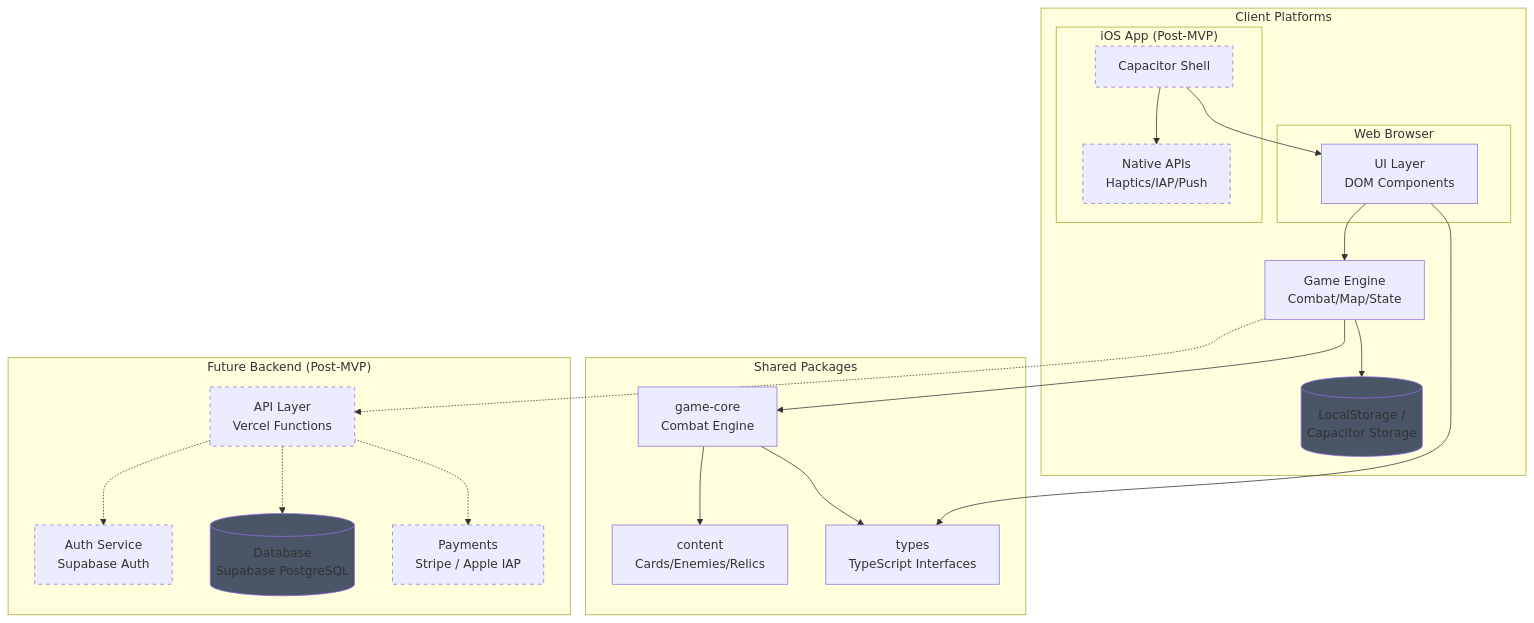
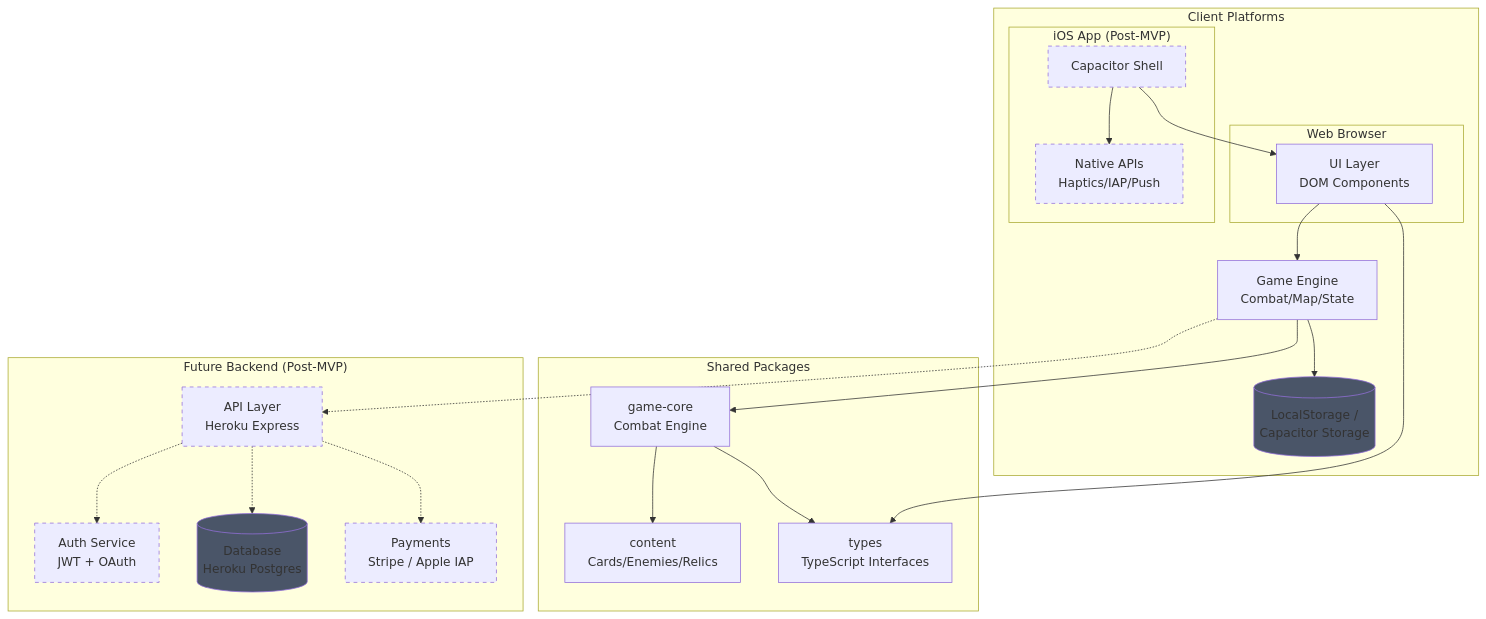
The first of 5 diagrams in docs/architecture.md (Tuluian/Sanctum-Deep), drawn with Mermaid before and after one commit. The commit also changed other lines of this file and 162 other files, not shown here.

````diff
--- a/docs/architecture.md
+++ b/docs/architecture.md
@@ -62,49 +69,49 @@
 ```mermaid
 graph TB
     subgraph "Client Platforms"
         subgraph "Web Browser"
             UI[UI Layer<br/>DOM Components]
         end
         subgraph "iOS App (Post-MVP)"
             CAP[Capacitor Shell]
             NATIVE[Native APIs<br/>Haptics/IAP/Push]
         end
         GE[Game Engine<br/>Combat/Map/State]
         LS[(LocalStorage /<br/>Capacitor Storage)]
     end
 
     subgraph "Shared Packages"
         CORE[game-core<br/>Combat Engine]
         CONTENT[content<br/>Cards/Enemies/Relics]
         TYPES[types<br/>TypeScript Interfaces]
     end
 
     subgraph "Future Backend (Post-MVP)"
-        API[API Layer<br/>Vercel Functions]
-        AUTH[Auth Service<br/>Supabase Auth]
-        DB[(Database<br/>Supabase PostgreSQL)]
+        API[API Layer<br/>Heroku Express]
+        AUTH[Auth Service<br/>JWT + OAuth]
+        DB[(Database<br/>Heroku Postgres)]
         PAY[Payments<br/>Stripe / Apple IAP]
     end
 
     UI --> GE
     CAP --> UI
     CAP --> NATIVE
     GE --> LS
     GE --> CORE
     CORE --> CONTENT
     CORE --> TYPES
     UI --> TYPES
 
     GE -.-> API
     API -.-> AUTH
     API -.-> DB
     API -.-> PAY
 
     style LS fill:#4a5568
     style DB fill:#4a5568
     style API stroke-dasharray: 5 5
     style AUTH stroke-dasharray: 5 5
     style PAY stroke-dasharray: 5 5
     style CAP stroke-dasharray: 5 5
     style NATIVE stroke-dasharray: 5 5
 ```
````
